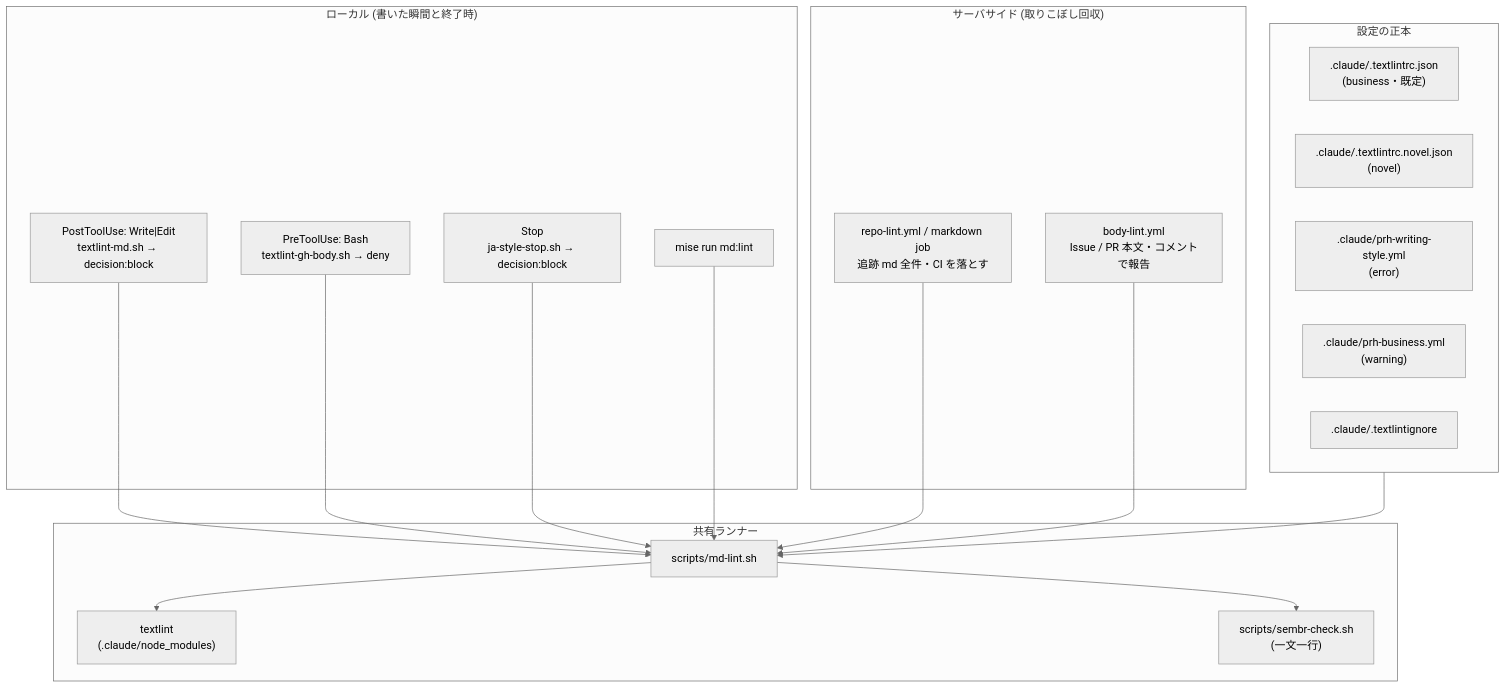
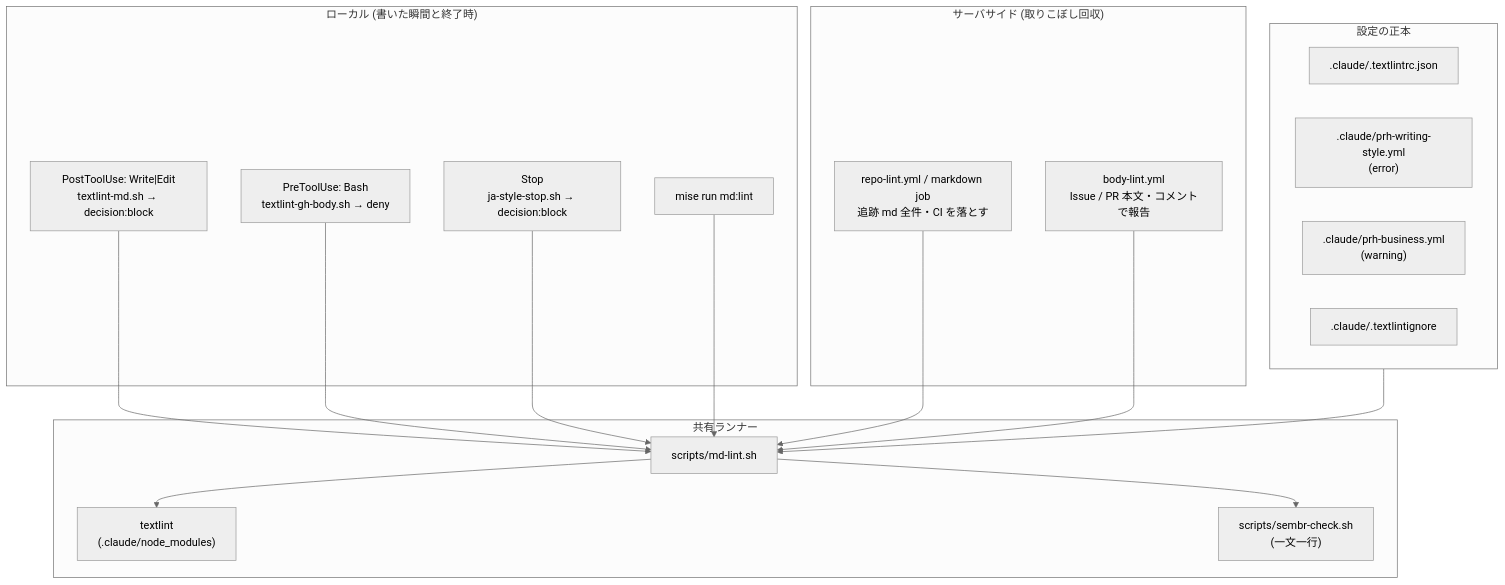
One commit to bigdra50/dotfiles changed the ninth of 9 diagrams in docs/architecture.md. Above: the diagram before and after it, drawn with Mermaid (neutral theme). The commit also changed other lines of this file and 3 other files, not shown here.

````diff
--- a/docs/architecture.md
+++ b/docs/architecture.md
@@ -284,39 +279,38 @@
 ```mermaid
 flowchart TB
     subgraph canon["設定の正本"]
-        rc[".claude/.textlintrc.json<br/>(business・既定)"]
-        rcn[".claude/.textlintrc.novel.json<br/>(novel)"]
+        rc[".claude/.textlintrc.json"]
         prh[".claude/prh-writing-style.yml<br/>(error)"]
         prhb[".claude/prh-business.yml<br/>(warning)"]
         ign[".claude/.textlintignore"]
     end
 
     subgraph runner["共有ランナー"]
         ml["scripts/md-lint.sh"]
         tl["textlint<br/>(.claude/node_modules)"]
         sb["scripts/sembr-check.sh<br/>(一文一行)"]
         ml --> tl
         ml --> sb
     end
 
     canon --> ml
 
     subgraph local["ローカル (書いた瞬間と終了時)"]
         h1["PostToolUse: Write|Edit<br/>textlint-md.sh → decision:block"]
         h2["PreToolUse: Bash<br/>textlint-gh-body.sh → deny"]
         h3["Stop<br/>ja-style-stop.sh → decision:block"]
         mt["mise run md:lint"]
     end
 
     subgraph server["サーバサイド (取りこぼし回収)"]
         ci["repo-lint.yml / markdown job<br/>追跡 md 全件・CI を落とす"]
         bl["body-lint.yml<br/>Issue / PR 本文・コメントで報告"]
     end
 
     h1 --> ml
     h2 --> ml
     h3 --> ml
     mt --> ml
     ci --> ml
     bl --> ml
 ```
````
